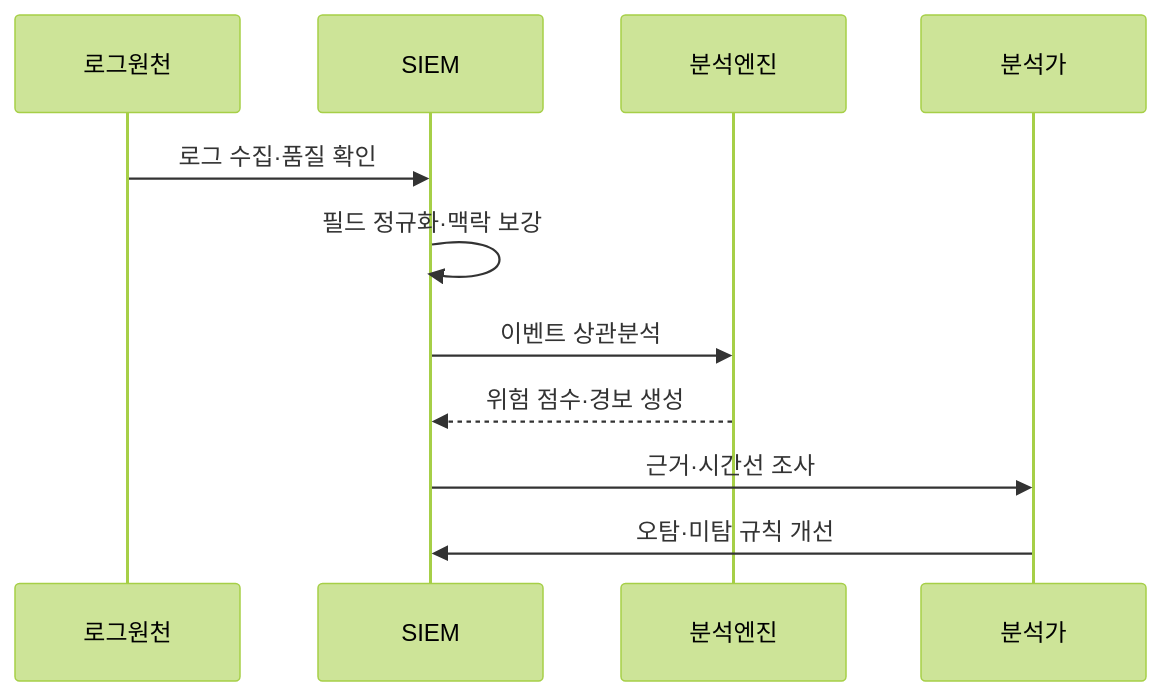
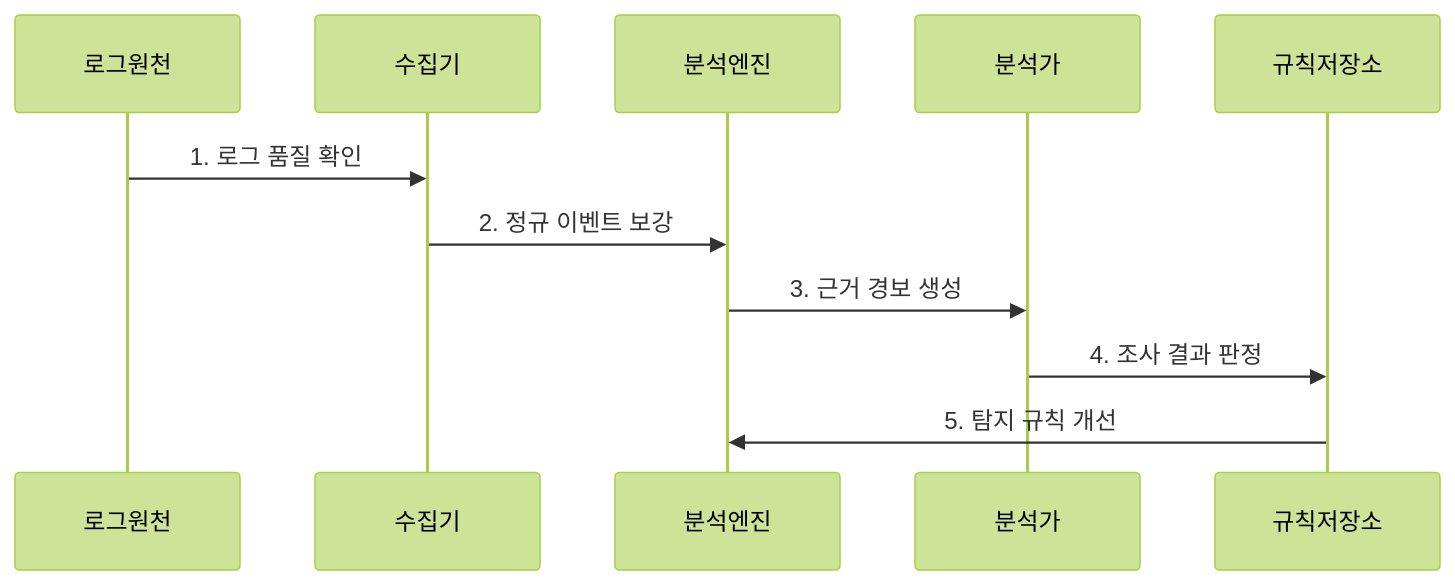
The second of 2 diagrams in src/content/docs/notes/04-network/093_siem_security_information_event_management.md (agnusdei1207/knowledge-base), drawn with Mermaid (forest theme) before and after one commit. The commit also changed other lines of this file and 21 other files, not shown here.

````diff
--- a/src/content/docs/notes/04-network/093_siem_security_information_event_management.md
+++ b/src/content/docs/notes/04-network/093_siem_security_information_event_management.md
@@ -81,13 +78,13 @@
 ```mermaid
 sequenceDiagram
     participant 로그원천
-    participant SIEM
+    participant 수집기
     participant 분석엔진
     participant 분석가
-    로그원천->>SIEM: 로그 수집·품질 확인
-    SIEM->>SIEM: 필드 정규화·맥락 보강
-    SIEM->>분석엔진: 이벤트 상관분석
-    분석엔진-->>SIEM: 위험 점수·경보 생성
-    SIEM->>분석가: 근거·시간선 조사
-    분석가->>SIEM: 오탐·미탐 규칙 개선
+    participant 규칙저장소
+    로그원천->>수집기: 1. 로그 품질 확인
+    수집기->>분석엔진: 2. 정규 이벤트 보강
+    분석엔진->>분석가: 3. 근거 경보 생성
+    분석가->>규칙저장소: 4. 조사 결과 판정
+    규칙저장소->>분석엔진: 5. 탐지 규칙 개선
 ```
````
